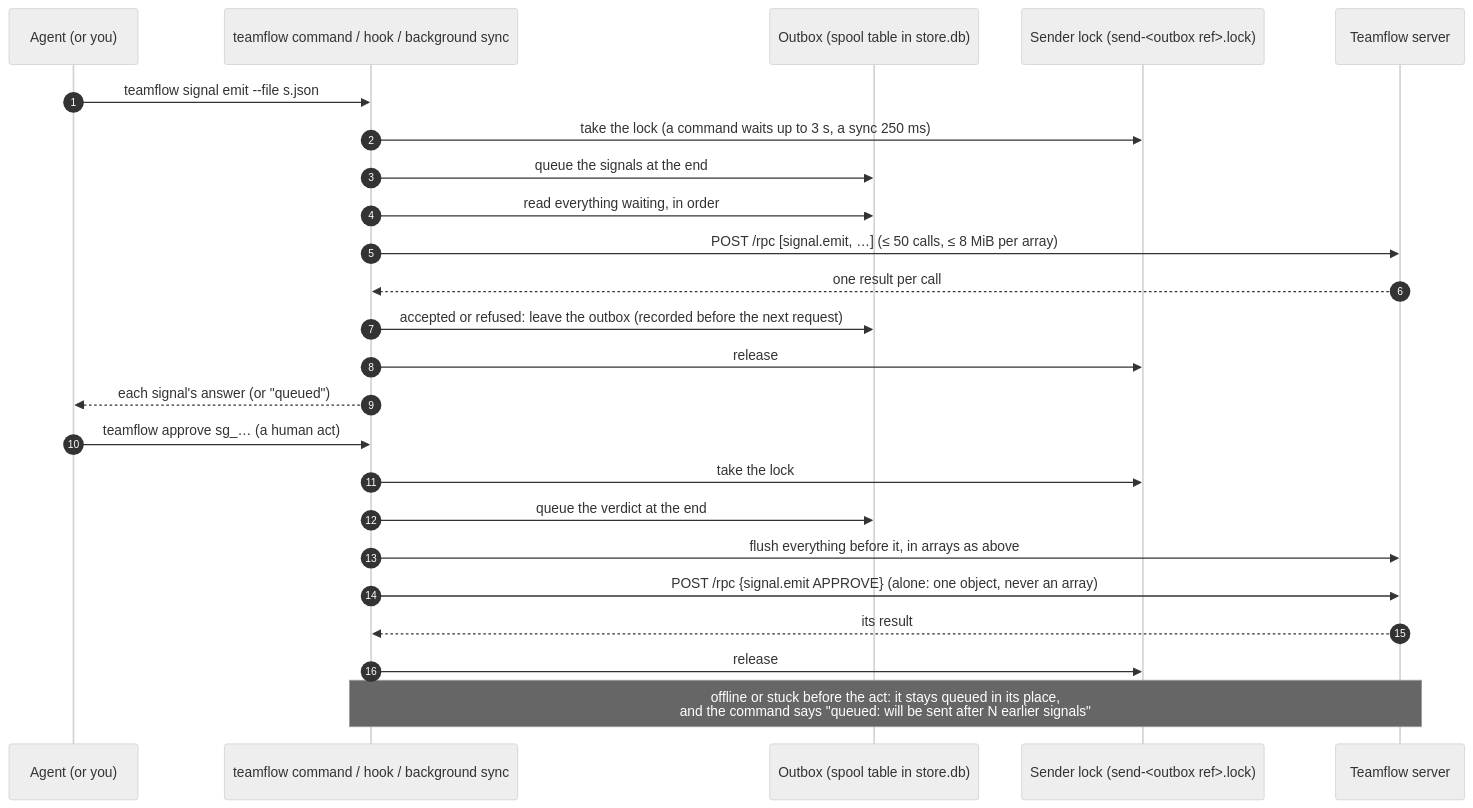
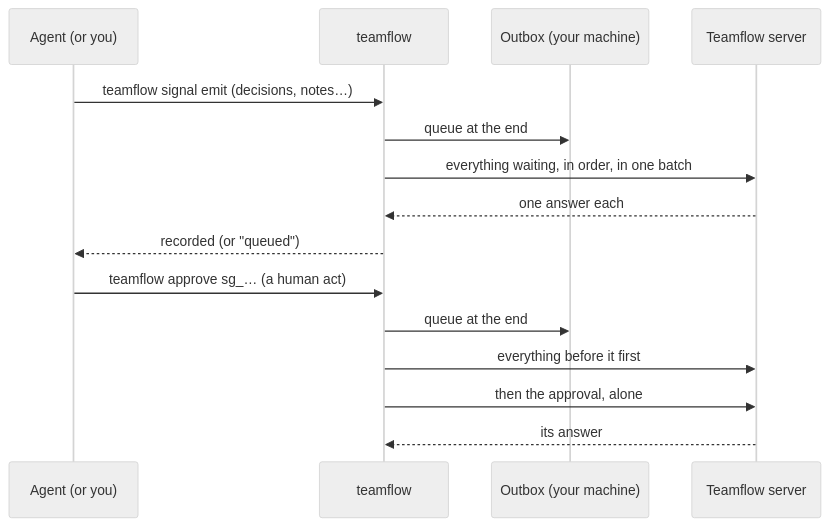
Before and after one commit to vutran1710/teamflow-cli: the diagram in docs/how-it-works.md, drawn with Mermaid (neutral theme). The commit also changed other lines of this file and 22 other files, not shown here.

````diff
--- a/docs/how-it-works.md
+++ b/docs/how-it-works.md
@@ -64,28 +15,19 @@
 ```mermaid
 sequenceDiagram
-    autonumber
     participant A as Agent (or you)
-    participant T as teamflow command / hook / background sync
-    participant O as Outbox (spool table in store.db)
-    participant L as Sender lock (send-<outbox ref>.lock)
+    participant T as teamflow
+    participant O as Outbox (your machine)
     participant S as Teamflow server
 
-    A->>T: teamflow signal emit --file s.json
-    T->>L: take the lock (a command waits up to 3 s, a sync 250 ms)
-    T->>O: queue the signals at the end
-    T->>O: read everything waiting, in order
-    T->>S: POST /rpc [signal.emit, …] (≤ 50 calls, ≤ 8 MiB per array)
-    S-->>T: one result per call
-    T->>O: accepted or refused: leave the outbox (recorded before the next request)
-    T->>L: release
-    T-->>A: each signal's answer (or "queued")
+    A->>T: teamflow signal emit (decisions, notes…)
+    T->>O: queue at the end
+    T->>S: everything waiting, in order, in one batch
+    S-->>T: one answer each
+    T-->>A: recorded (or "queued")
 
-    A->>T: teamflow approve sg_…  (a human act)
-    T->>L: take the lock
-    T->>O: queue the verdict at the end
-    T->>S: flush everything before it, in arrays as above
-    T->>S: POST /rpc {signal.emit APPROVE}  (alone: one object, never an array)
-    S-->>T: its result
-    T->>L: release
-    Note over T,S: offline or stuck before the act: it stays queued in its place,<br/>and the command says "queued: will be sent after N earlier signals"
+    A->>T: teamflow approve sg_… (a human act)
+    T->>O: queue at the end
+    T->>S: everything before it first
+    T->>S: then the approval, alone
+    S-->>T: its answer
 ```
````
